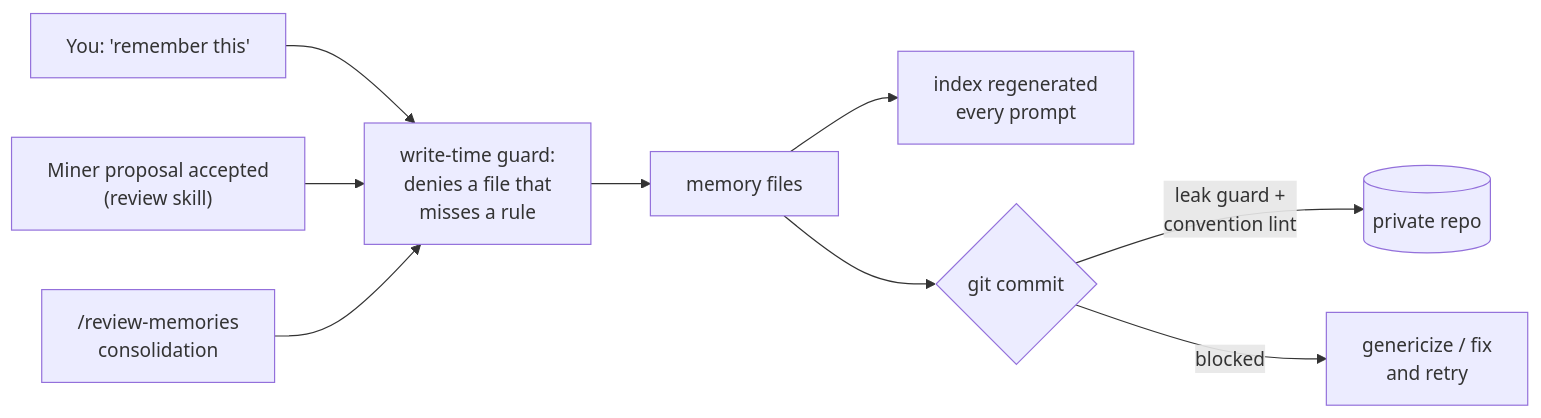
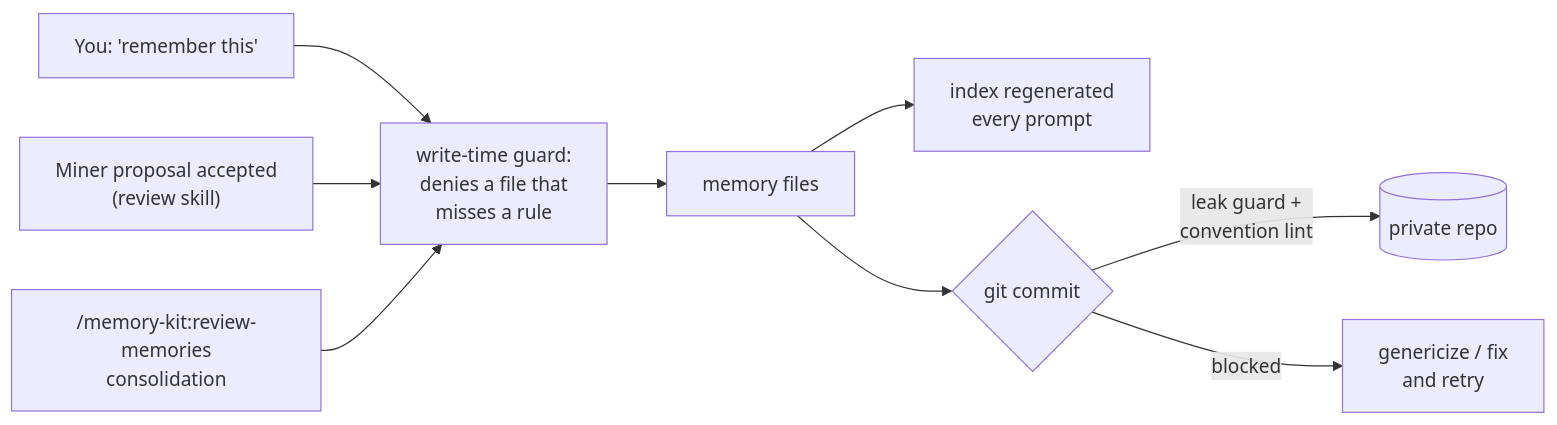
Before and after one commit to sabilmakbar/claude-memory-kit: the second of 3 diagrams in docs/FLOWS.md, drawn with Mermaid. The commit also changed 12 other files, not shown here.

````diff
--- a/docs/FLOWS.md
+++ b/docs/FLOWS.md
@@ -54,11 +54,11 @@
 ```mermaid
 flowchart LR
     MANUAL["You: 'remember this'"] --> CONV[write-time guard:<br/>denies a file that<br/>misses a rule]
     MINED["Miner proposal accepted<br/>(review skill)"] --> CONV
-    CONSOL["/review-memories<br/>consolidation"] --> CONV
+    CONSOL["/memory-kit:review-memories<br/>consolidation"] --> CONV
     CONV --> FILES[memory files]
     FILES --> INDEX[index regenerated<br/>every prompt]
     FILES --> COMMIT{git commit}
     COMMIT -->|leak guard +<br/>convention lint| REPO[(private repo)]
     COMMIT -->|blocked| FIX[genericize / fix<br/>and retry]
 ```
````
